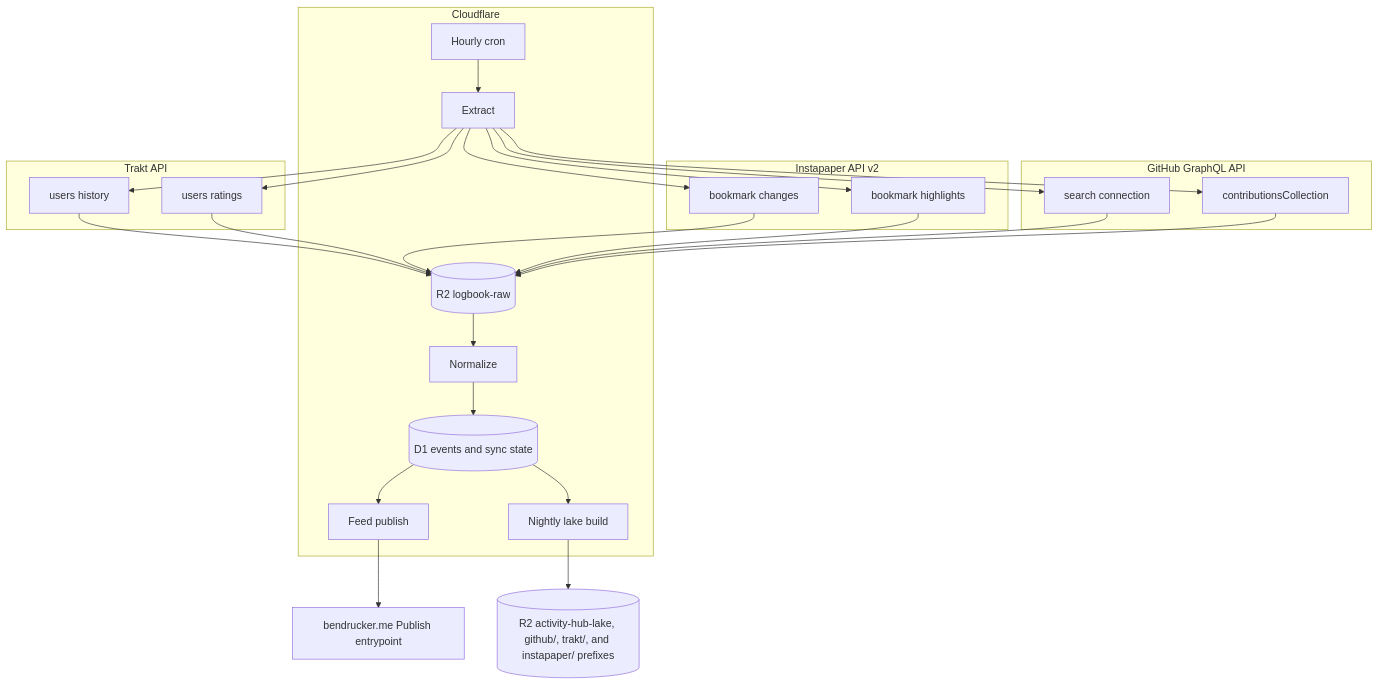
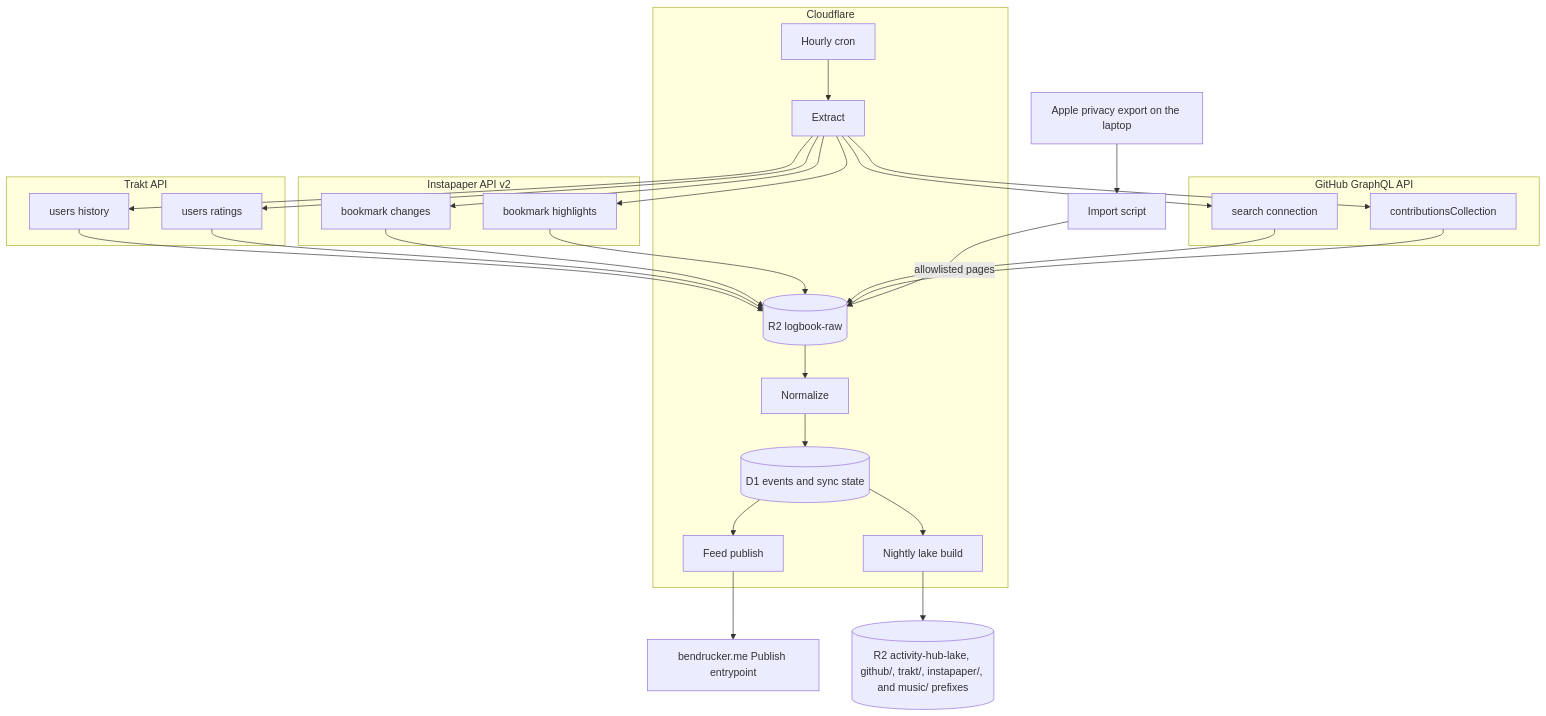
Before and after one commit to bendrucker/logbook: the diagram in docs/design.md, drawn with Mermaid. The commit also changed other lines of this file and 26 other files, not shown here.

Commit message:
Import Apple Music Listening History (#31)

````diff
--- a/docs/design.md
+++ b/docs/design.md
@@ -27,47 +27,50 @@
 ```mermaid
 flowchart TB
     subgraph gh [GitHub GraphQL API]
         search[search connection]
         contrib[contributionsCollection]
     end
 
     subgraph trakt [Trakt API]
         history[users history]
         ratings[users ratings]
     end
 
     subgraph ip [Instapaper API v2]
         bookmarks[bookmark changes]
         highlights[bookmark highlights]
     end
 
     subgraph cf [Cloudflare]
         cron[Hourly cron]
         extract[Extract]
         normalize[Normalize]
         raw[(R2 logbook-raw)]
         d1[(D1 events and sync state)]
         feed[Feed publish]
         lakebuild[Nightly lake build]
     end
 
-    lake[(R2 activity-hub-lake, github/, trakt/, and instapaper/ prefixes)]
+    export[Apple privacy export on the laptop]
+    importer[Import script]
+    lake[(R2 activity-hub-lake, github/, trakt/, instapaper/, and music/ prefixes)]
     site[bendrucker.me Publish entrypoint]
 
     cron --> extract
     extract --> search
     extract --> contrib
     extract --> history
     extract --> ratings
     history --> raw
     ratings --> raw
     extract --> bookmarks
     extract --> highlights
     bookmarks --> raw
     highlights --> raw
     search --> raw
     contrib --> raw
+    export --> importer -->|allowlisted pages| raw
     raw --> normalize --> d1
     d1 --> feed --> site
     d1 --> lakebuild --> lake
 ```
````
